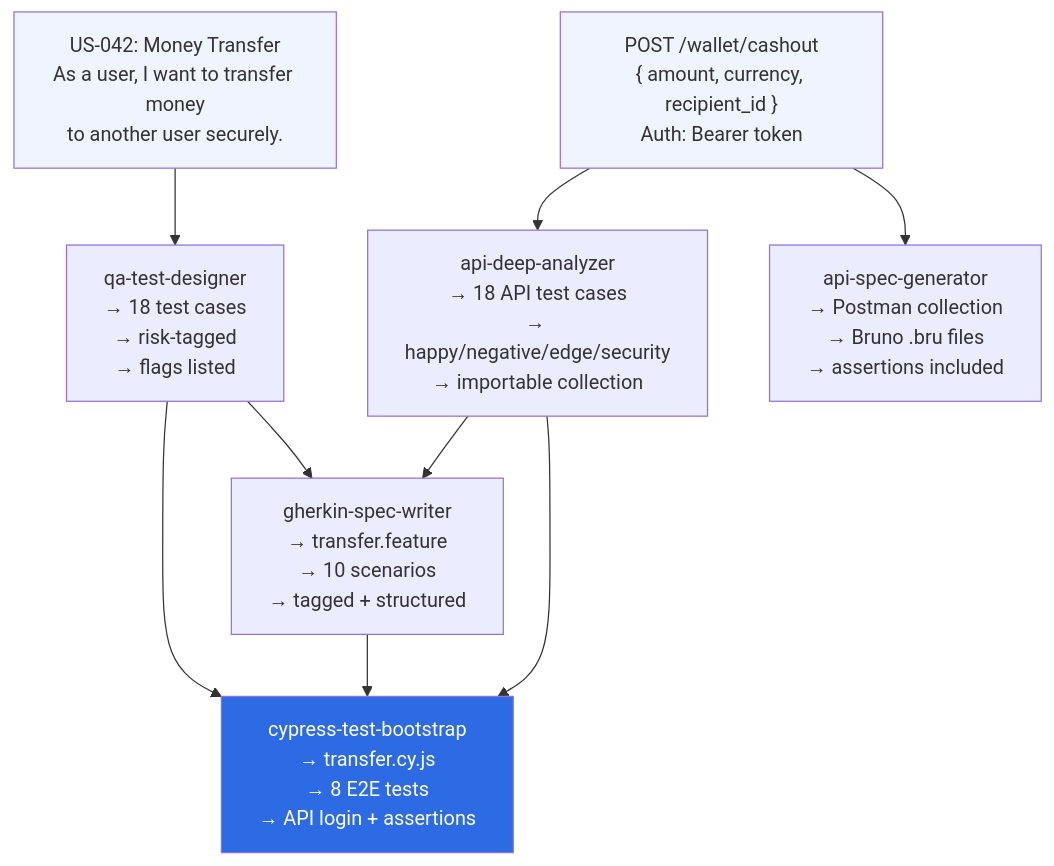
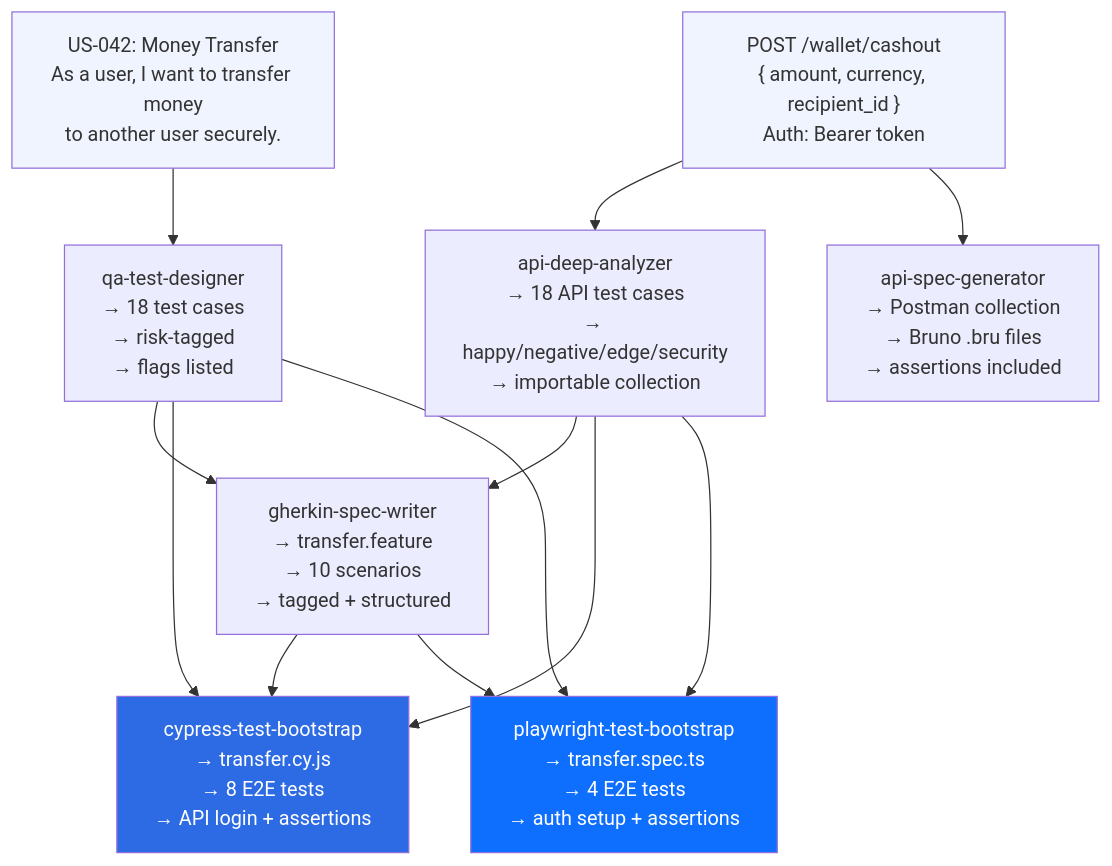
One commit to mahmoumaima/QIOS changed the first of 7 diagrams in docs/examples.md. Above: the diagram before and after it, drawn with Mermaid. The commit also changed other lines of this file and 16 other files, not shown here.

Commit message:
feat(skills): add Playwright test bootstrap

````diff
--- a/docs/examples.md
+++ b/docs/examples.md
@@ -23,21 +24,23 @@
 ```mermaid
 flowchart TD
     US["US-042: Money Transfer\nAs a user, I want to transfer money\nto another user securely."]
     EP["POST /wallet/cashout\n{ amount, currency, recipient_id }\nAuth: Bearer token"]
 
     US --> QTD
     EP --> ADA
     EP --> ASG
 
     QTD["qa-test-designer\n→ 18 test cases\n→ risk-tagged\n→ flags listed"]
     ADA["api-deep-analyzer\n→ 18 API test cases\n→ happy/negative/edge/security\n→ importable collection"]
     ASG["api-spec-generator\n→ Postman collection\n→ Bruno .bru files\n→ assertions included"]
 
     QTD & ADA --> GSW["gherkin-spec-writer\n→ transfer.feature\n→ 10 scenarios\n→ tagged + structured"]
 
     QTD & GSW & ADA --> CTB["cypress-test-bootstrap\n→ transfer.cy.js\n→ 8 E2E tests\n→ API login + assertions"]
+    QTD & GSW & ADA --> PTB["playwright-test-bootstrap\n→ transfer.spec.ts\n→ 4 E2E tests\n→ auth setup + assertions"]
 
     style US fill:#F0F4FF
     style EP fill:#F0F4FF
     style CTB fill:#2D6BE4,color:#fff
+    style PTB fill:#0E6FFF,color:#fff
 ```
````
